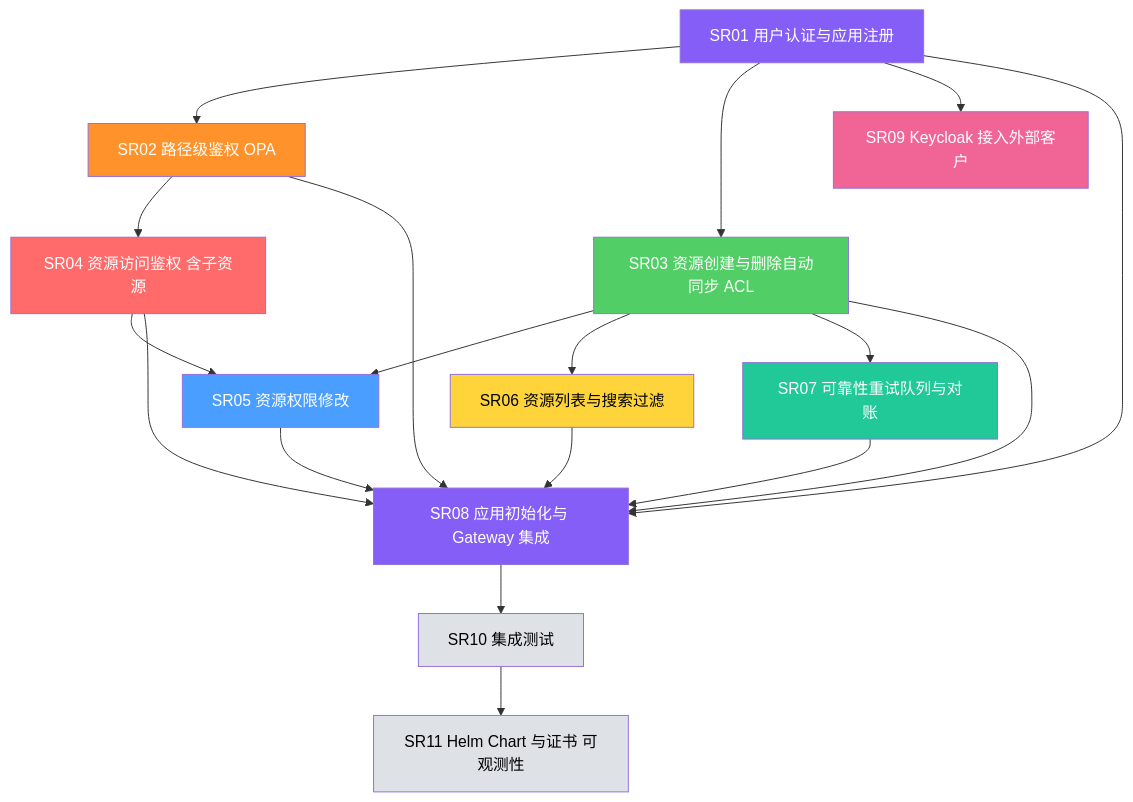
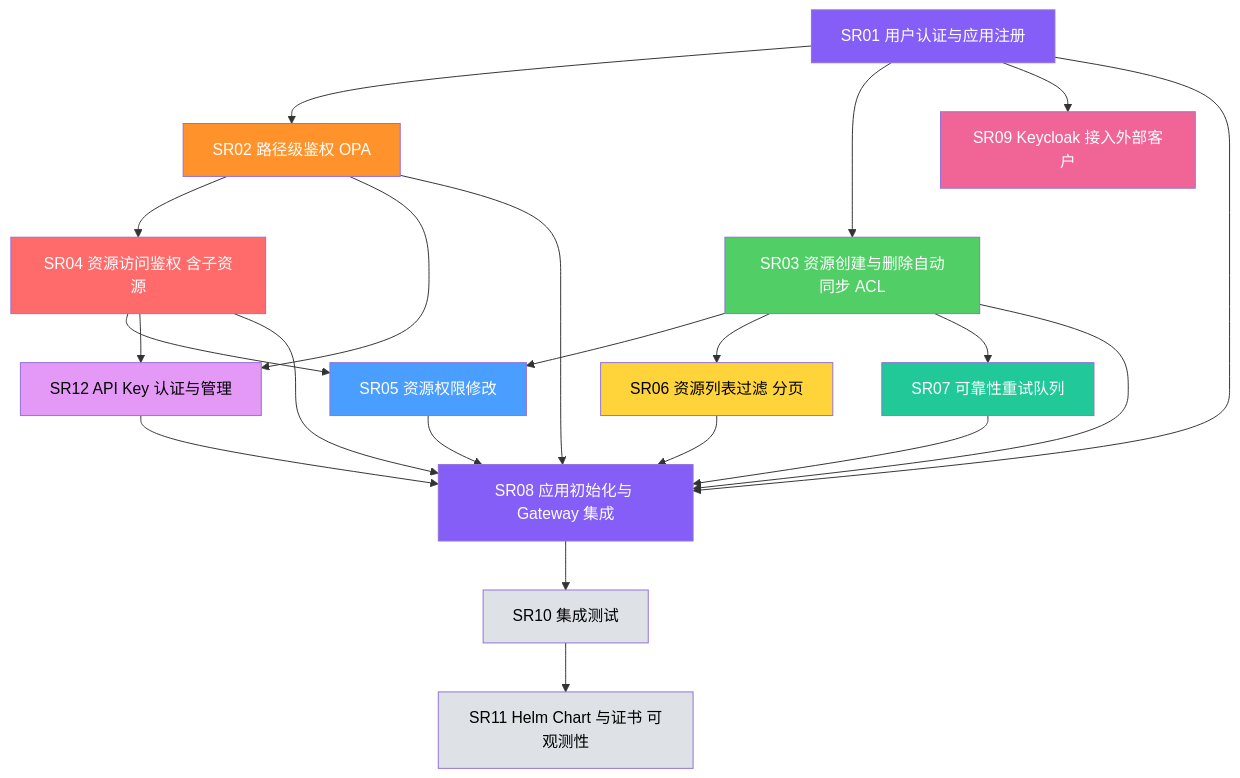
One commit to xiewanchao/aidp-iam changed the diagram in diagrams/story-breakdown.md. Above: the diagram before and after it, drawn with Mermaid. The commit also changed other lines of this file, not shown here.

````diff
--- a/diagrams/story-breakdown.md
+++ b/diagrams/story-breakdown.md
@@ -20,46 +21,51 @@
 ```mermaid
 flowchart TD
     SR01[SR01 用户认证与应用注册]
     SR02[SR02 路径级鉴权 OPA]
     SR03[SR03 资源创建与删除自动同步 ACL]
     SR04[SR04 资源访问鉴权 含子资源]
     SR05[SR05 资源权限修改]
-    SR06[SR06 资源列表与搜索过滤]
-    SR07[SR07 可靠性重试队列与对账]
+    SR06[SR06 资源列表过滤 分页]
+    SR07[SR07 可靠性重试队列]
     SR08[SR08 应用初始化与 Gateway 集成]
     SR09[SR09 Keycloak 接入外部客户]
     SR10[SR10 集成测试]
     SR11[SR11 Helm Chart 与证书 可观测性]
+    SR12[SR12 API Key 认证与管理]
 
     SR01 --> SR02
     SR01 --> SR03
     SR01 --> SR09
     SR02 --> SR04
+    SR02 --> SR12
     SR03 --> SR05
     SR03 --> SR06
     SR03 --> SR07
     SR04 --> SR05
+    SR04 --> SR12
 
     SR01 --> SR08
     SR02 --> SR08
     SR03 --> SR08
     SR04 --> SR08
     SR05 --> SR08
     SR06 --> SR08
     SR07 --> SR08
+    SR12 --> SR08
 
     SR08 --> SR10
     SR10 --> SR11
 
     style SR01 fill:#845ef7,color:#fff
     style SR02 fill:#ff922b,color:#fff
     style SR03 fill:#51cf66,color:#fff
     style SR04 fill:#ff6b6b,color:#fff
     style SR05 fill:#4a9eff,color:#fff
     style SR06 fill:#ffd43b,color:#000
     style SR07 fill:#20c997,color:#fff
     style SR08 fill:#845ef7,color:#fff
     style SR09 fill:#f06595,color:#fff
     style SR10 fill:#dee2e6,color:#000
     style SR11 fill:#dee2e6,color:#000
+    style SR12 fill:#e599f7,color:#000
 ```
````
